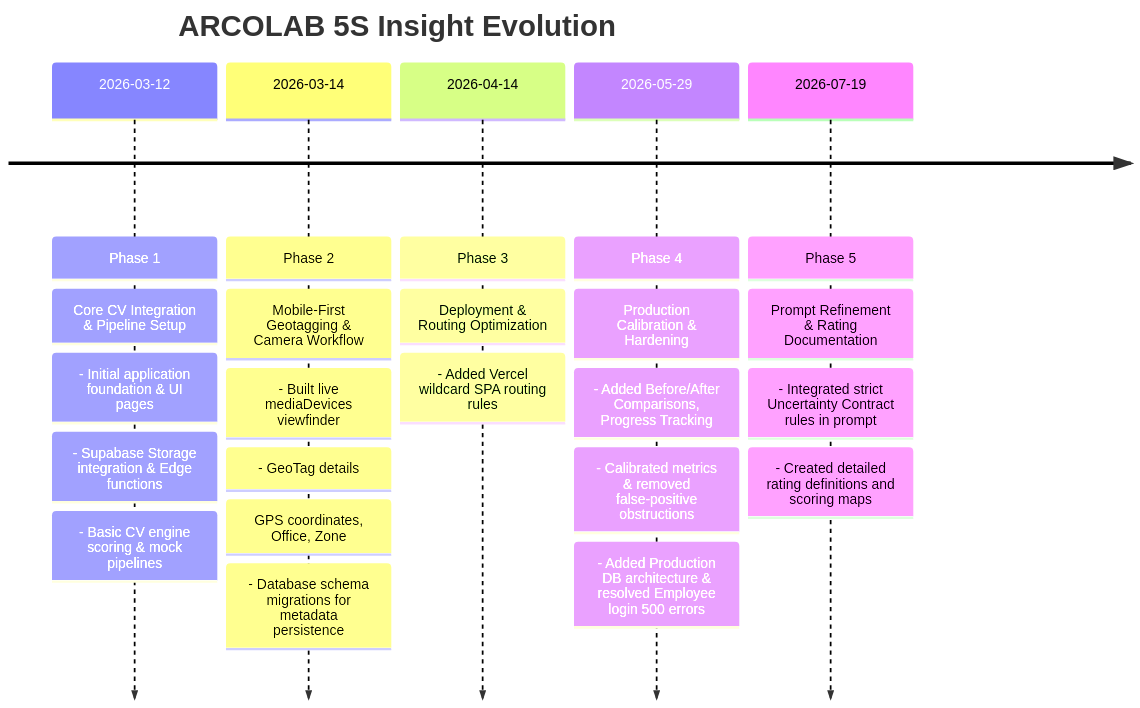
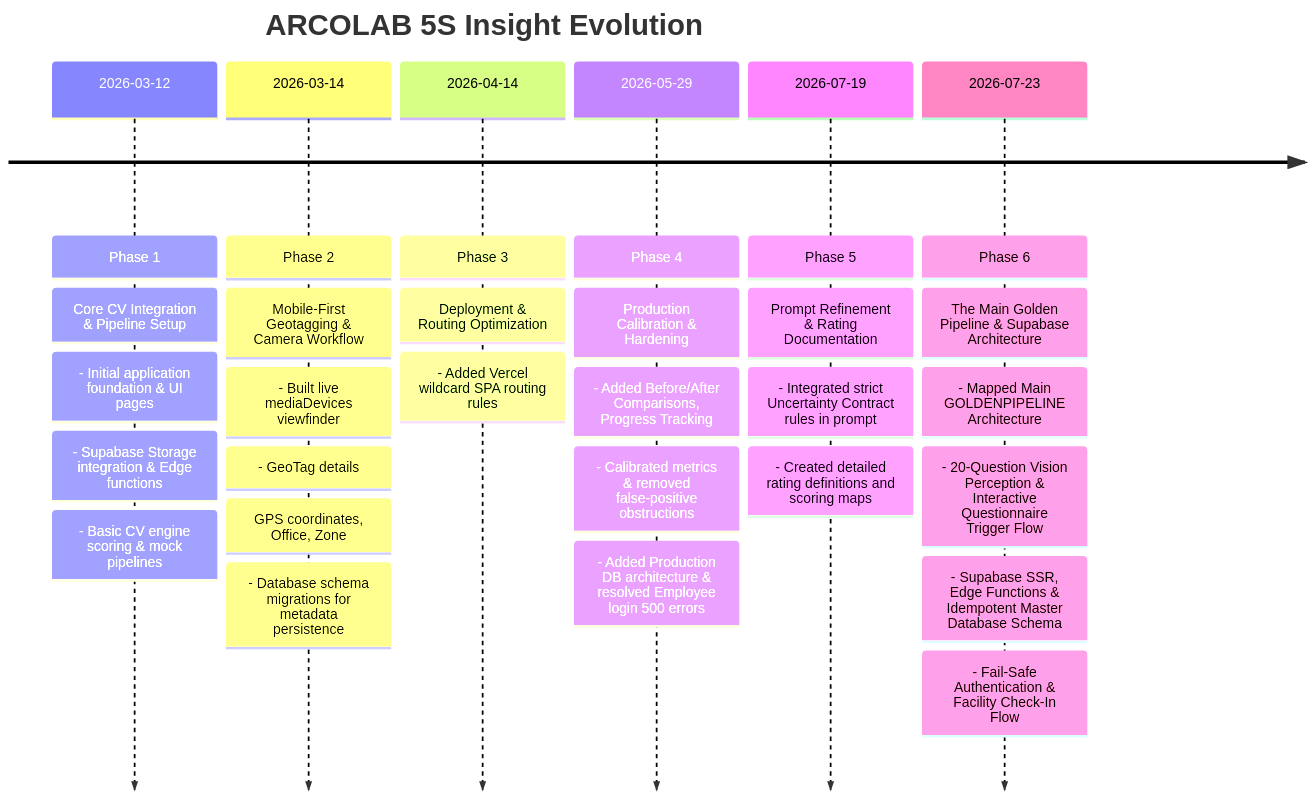
The diagram in project_update_history.md (Vijay-R57/basics), drawn with Mermaid before and after one commit. The commit also changed other lines of this file, not shown here.

Commit message:
docs: Map Phase 6 Main GOLDENPIPELINE Architecture in project_update_history.md

````diff
--- a/project_update_history.md
+++ b/project_update_history.md
@@ -9,21 +9,26 @@
 ```mermaid
 timeline
     title ARCOLAB 5S Insight Evolution
     2026-03-12 : Phase 1: Core CV Integration & Pipeline Setup
                : - Initial application foundation & UI pages
                : - Supabase Storage integration & Edge functions
                : - Basic CV engine scoring & mock pipelines
     2026-03-14 : Phase 2: Mobile-First Geotagging & Camera Workflow
                : - Built live mediaDevices viewfinder
                : - GeoTag details: GPS coordinates, Office, Zone
                : - Database schema migrations for metadata persistence
     2026-04-14 : Phase 3: Deployment & Routing Optimization
                : - Added Vercel wildcard SPA routing rules
     2026-05-29 : Phase 4: Production Calibration & Hardening
                : - Added Before/After Comparisons, Progress Tracking
                : - Calibrated metrics & removed false-positive obstructions
                : - Added Production DB architecture & resolved Employee login 500 errors
     2026-07-19 : Phase 5: Prompt Refinement & Rating Documentation
                : - Integrated strict Uncertainty Contract rules in prompt
                : - Created detailed rating definitions and scoring maps
+    2026-07-23 : Phase 6: The Main Golden Pipeline & Supabase Architecture
+               : - Mapped Main GOLDENPIPELINE Architecture
+               : - 20-Question Vision Perception & Interactive Questionnaire Trigger Flow
+               : - Supabase SSR, Edge Functions & Idempotent Master Database Schema
+               : - Fail-Safe Authentication & Facility Check-In Flow
 ```
````
